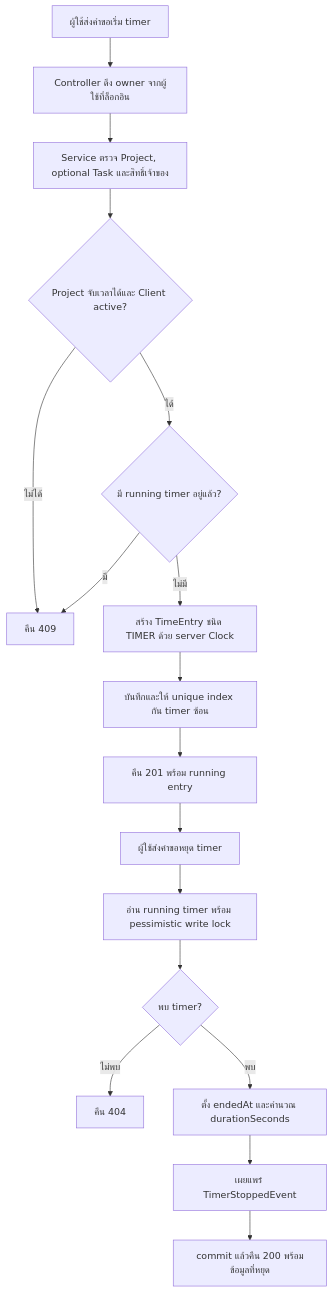
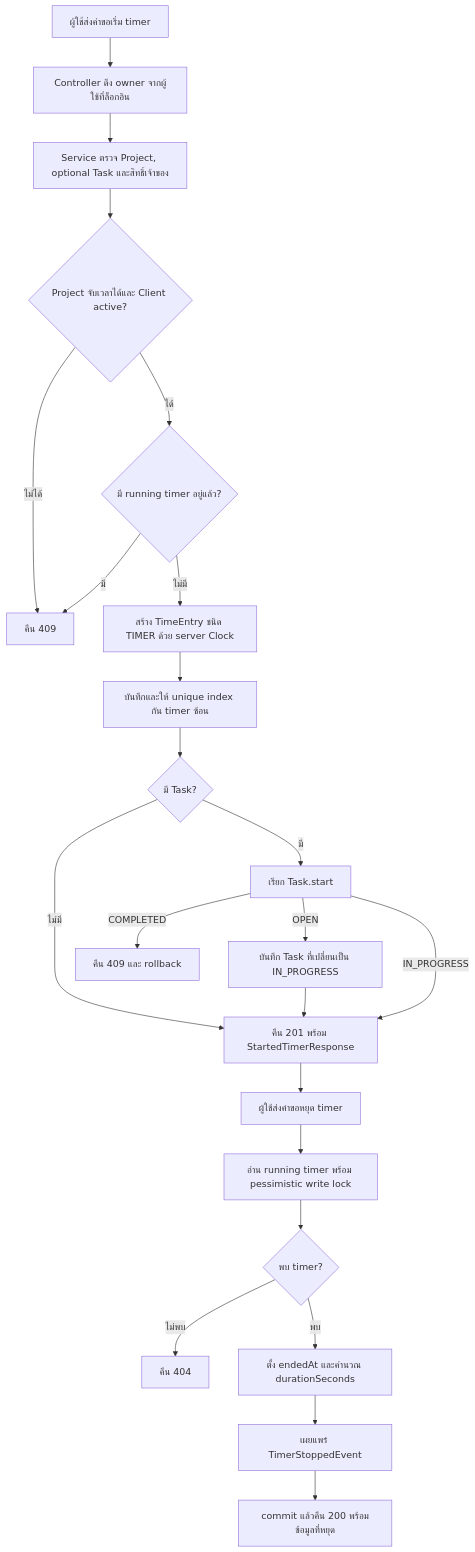
The second of 2 diagrams in doc/V1/DESIGN/kompat-design.md (lillianxhub/freelance-hub), drawn with Mermaid before and after one commit. The commit also changed other lines of this file and 2 other files, not shown here.

Commit message:
doc: align time tracking documents with timer start behavior

````diff
--- a/doc/V1/DESIGN/kompat-design.md
+++ b/doc/V1/DESIGN/kompat-design.md
@@ -66,19 +66,25 @@
 ```mermaid
 flowchart TD
     A[ผู้ใช้ส่งคำขอเริ่ม timer] --> B[Controller ดึง owner จากผู้ใช้ที่ล็อกอิน]
     B --> C[Service ตรวจ Project, optional Task และสิทธิ์เจ้าของ]
     C --> D{Project จับเวลาได้และ Client active?}
     D -- ไม่ได้ --> E[คืน 409]
     D -- ได้ --> F{มี running timer อยู่แล้ว?}
     F -- มี --> E
     F -- ไม่มี --> G[สร้าง TimeEntry ชนิด TIMER ด้วย server Clock]
     G --> H[บันทึกและให้ unique index กัน timer ซ้อน]
-    H --> I[คืน 201 พร้อม running entry]
+    H --> T{มี Task?}
+    T -- ไม่มี --> I[คืน 201 พร้อม StartedTimerResponse]
+    T -- มี --> U[เรียก Task.start]
+    U -- COMPLETED --> E2[คืน 409 และ rollback]
+    U -- OPEN --> V[บันทึก Task ที่เปลี่ยนเป็น IN_PROGRESS]
+    U -- IN_PROGRESS --> I
+    V --> I
     I --> J[ผู้ใช้ส่งคำขอหยุด timer]
     J --> K[อ่าน running timer พร้อม pessimistic write lock]
     K --> L{พบ timer?}
     L -- ไม่พบ --> M[คืน 404]
     L -- พบ --> N[ตั้ง endedAt และคำนวณ durationSeconds]
     N --> O[เผยแพร่ TimerStoppedEvent]
     O --> P[commit แล้วคืน 200 พร้อมข้อมูลที่หยุด]
 ```
````
